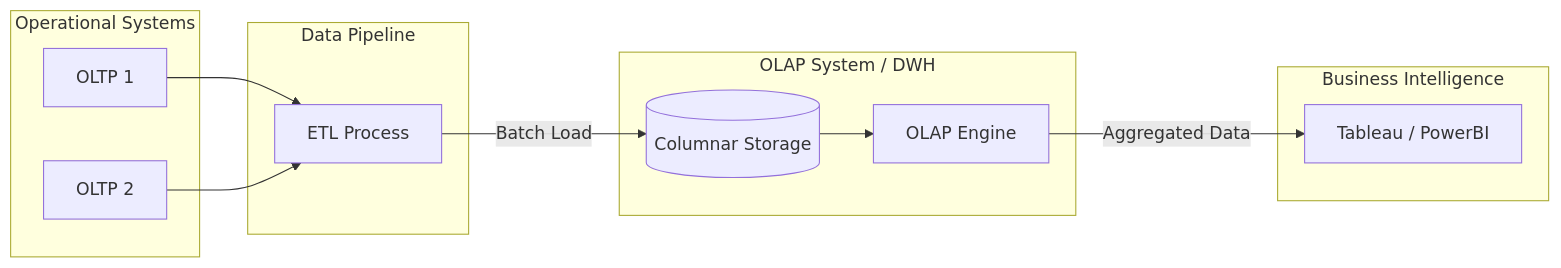
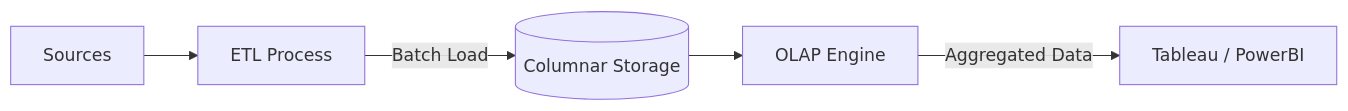
Before and after one commit to kythuatdulieu/kythuatdulieu.github.io: the diagram in src/content/docs/concepts/olap.md, drawn with Mermaid. The commit also changed other lines of this file and 179 other files, not shown here.

Commit message:
fix: build error and mermaid theme

````diff
--- a/src/content/docs/concepts/olap.md
+++ b/src/content/docs/concepts/olap.md
@@ -58,26 +56,7 @@
 ```mermaid
 graph LR
-    subgraph Operational Systems
-        A[OLTP 1]
-        B[OLTP 2]
-    end
-
-    subgraph Data Pipeline
-        ETL[ETL Process]
-    end
-
-    subgraph OLAP System / DWH
-        C[(Columnar Storage)]
-        D[OLAP Engine]
-    end
-
-    subgraph Business Intelligence
-        E[Tableau / PowerBI]
-    end
-
-    A --> ETL
-    B --> ETL
-    ETL -->|Batch Load| C
-    C --> D
-    D -->|Aggregated Data| E
+    Source[Sources] --> Batch[ETL Process]
+    Batch -->|Batch Load| Storage[(Columnar Storage)]
+    Storage --> Engine[OLAP Engine]
+    Engine -->|Aggregated Data| BI[Tableau / PowerBI]
 ```
````
